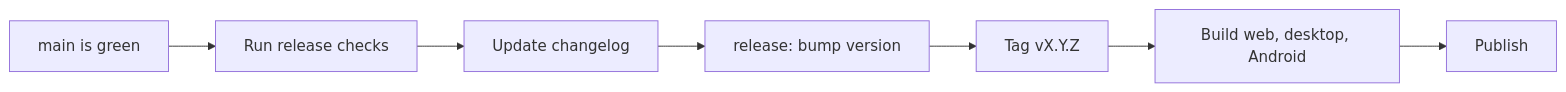
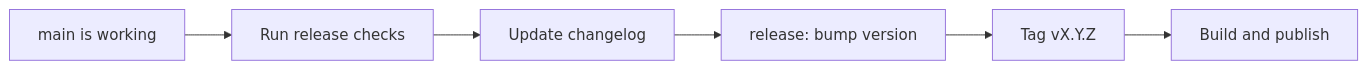
One commit to intabtools/intabpdf changed the second of 2 diagrams in docs/maintainer-guide.md. Above: the diagram before and after it, drawn with Mermaid. The commit also changed other lines of this file and 12 other files, not shown here.

````diff
--- a/docs/maintainer-guide.md
+++ b/docs/maintainer-guide.md
@@ -140,9 +141,8 @@
 ```mermaid
 flowchart LR
-    A["main is green"] --> B["Run release checks"]
+    A["main is working"] --> B["Run release checks"]
     B --> C["Update changelog"]
     C --> D["release: bump version"]
     D --> E["Tag vX.Y.Z"]
-    E --> F["Build web, desktop, Android"]
-    F --> G["Publish"]
+    E --> F["Build and publish"]
 ```
````
